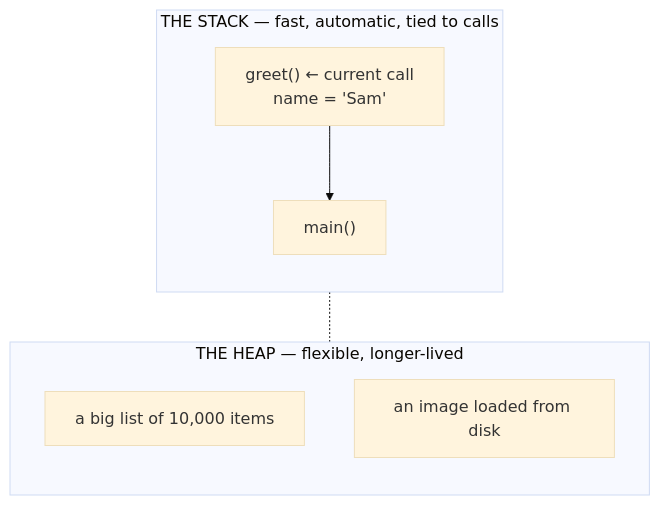
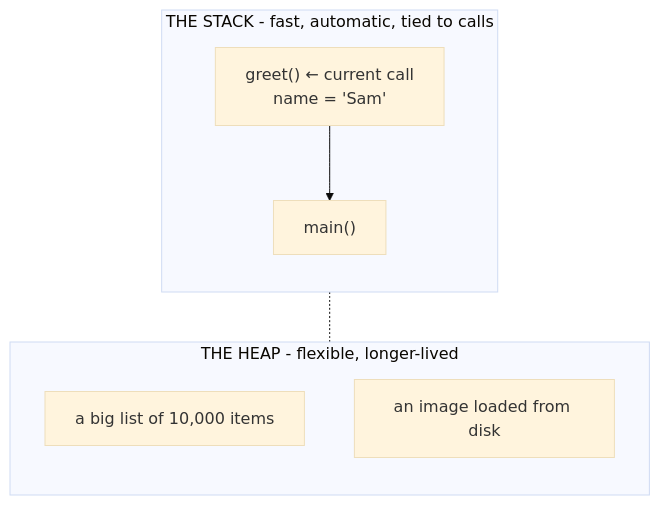
One commit to Topurrra/themissingmanual changed the first of 2 diagrams in guides/programming-concepts/what-happens-when-code-runs/02-stack-and-heap.md. Above: the diagram before and after it, drawn with Mermaid (base theme). The commit also changed other lines of this file and 1072 other files, not shown here.

````diff
--- a/guides/programming-concepts/what-happens-when-code-runs/02-stack-and-heap.md
+++ b/guides/programming-concepts/what-happens-when-code-runs/02-stack-and-heap.md
@@ -22,13 +22,13 @@
 ```mermaid
 flowchart TD
-  subgraph Stack["THE STACK — fast, automatic, tied to calls"]
+  subgraph Stack["THE STACK - fast, automatic, tied to calls"]
     direction TB
     F2["greet() ← current call<br/>name = 'Sam'"] --> F1["main()"]
   end
-  subgraph Heap["THE HEAP — flexible, longer-lived"]
+  subgraph Heap["THE HEAP - flexible, longer-lived"]
     direction TB
     H1["a big list of 10,000 items"]
     H2["an image loaded from disk"]
   end
   Stack -.- Heap
 ```
````
